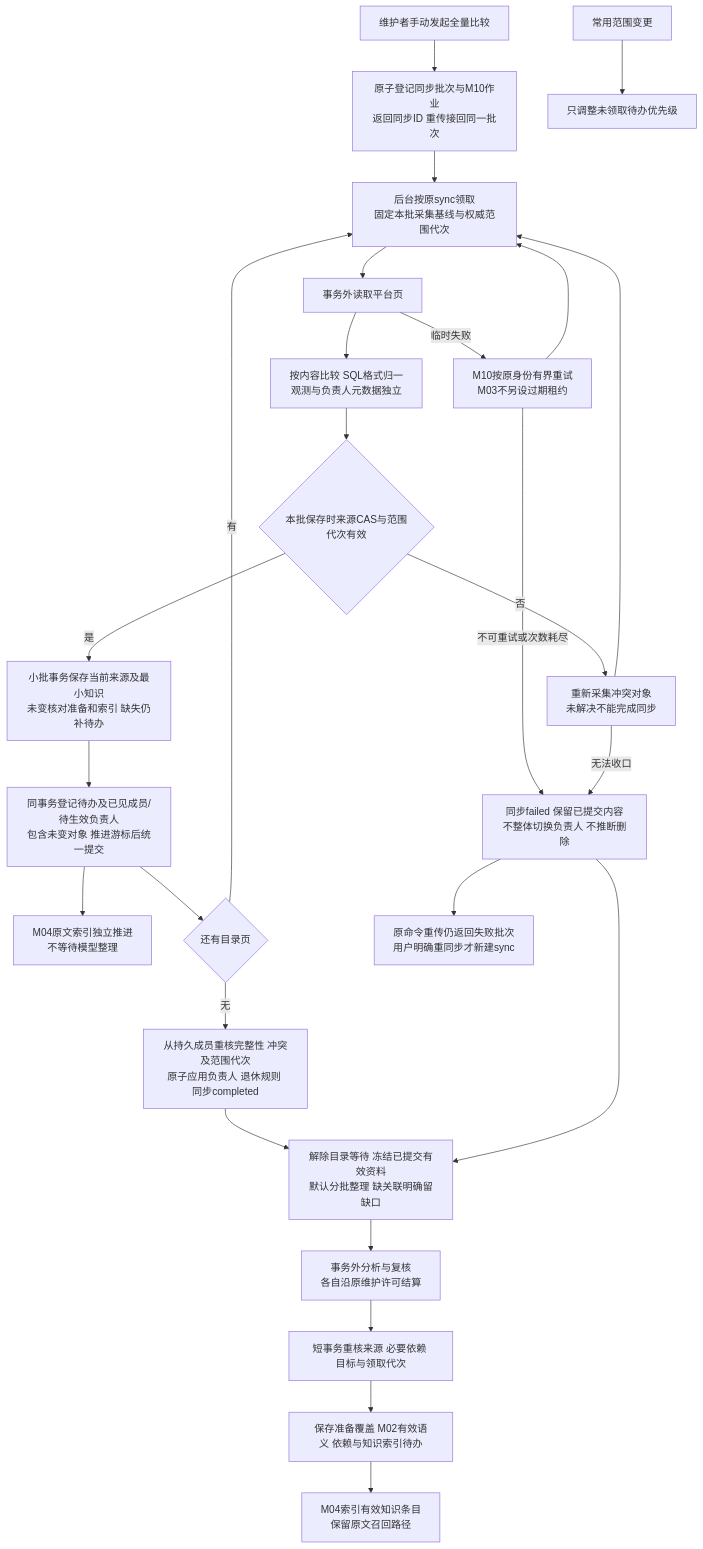
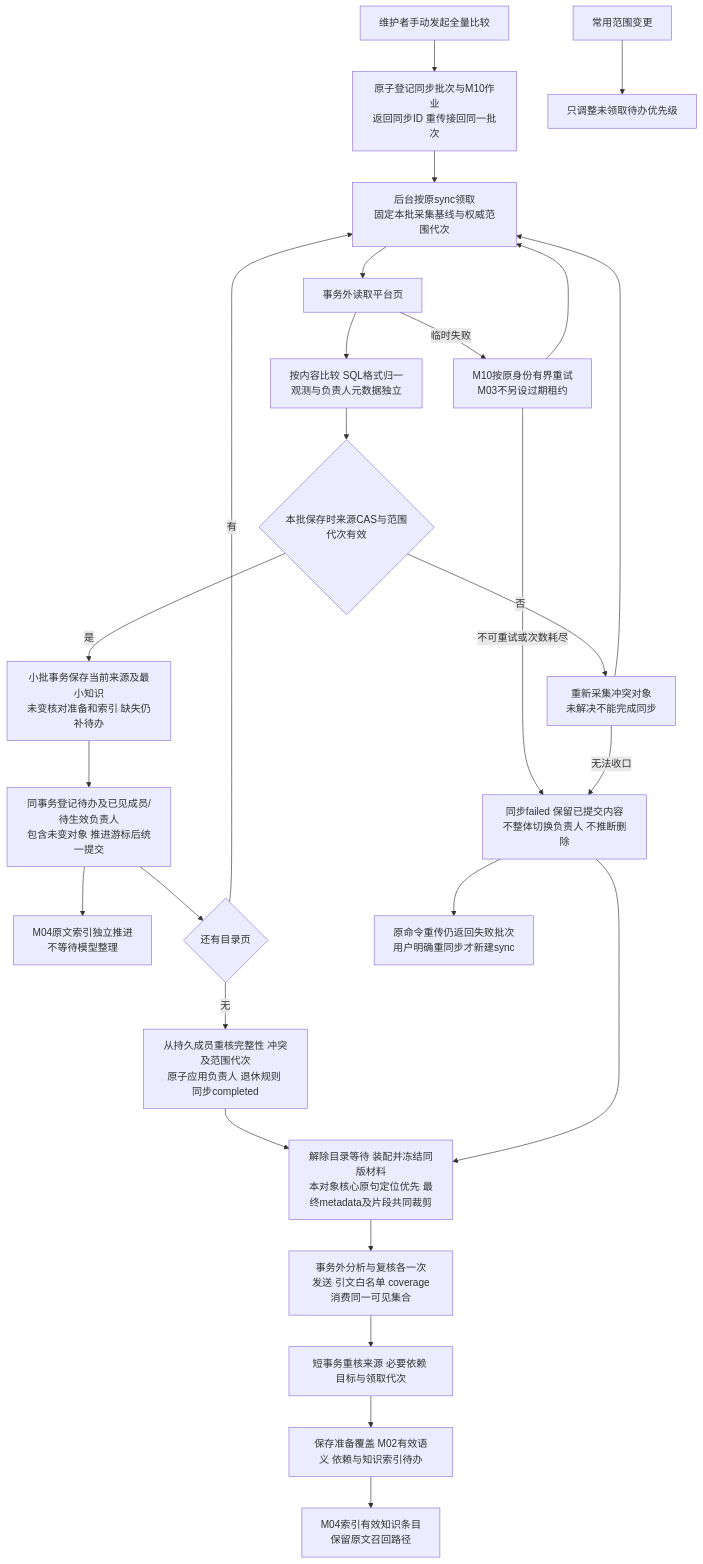
One commit to yaoziyaoguai/data_agent changed the sixth of 11 diagrams in docs/architecture/knowledge-modules.md. Above: the diagram before and after it, drawn with Mermaid. The commit also changed other lines of this file and 34 other files, not shown here.

First line of the commit message:
docs: synchronize architecture and local trial guidance

````diff
--- a/docs/architecture/knowledge-modules.md
+++ b/docs/architecture/knowledge-modules.md
@@ -311,27 +313,27 @@
 ```mermaid
 flowchart TD
     Start[维护者手动发起全量比较] --> Queued[原子登记同步批次与M10作业<br/>返回同步ID 重传接回同一批次]
     Queued --> R[后台按原sync领取<br/>固定本批采集基线与权威范围代次]
     R --> A[事务外读取平台页]
     A -->|临时失败| Retry[M10按原身份有界重试<br/>M03不另设过期租约]
     Retry --> R
     A --> B[按内容比较 SQL格式归一<br/>观测与负责人元数据独立]
     B --> C{本批保存时来源CAS与范围代次有效}
     C -->|否| Conflict[重新采集冲突对象<br/>未解决不能完成同步]
     Conflict --> R
     C -->|是| Save[小批事务保存当前来源及最小知识<br/>未变核对准备和索引 缺失仍补待办]
     Save --> Jobs[同事务登记待办及已见成员/待生效负责人<br/>包含未变对象 推进游标后统一提交]
     Jobs --> Raw[M04原文索引独立推进<br/>不等待模型整理]
     Jobs --> More{还有目录页}
     More -->|有| R
     More -->|无| Finish[从持久成员重核完整性 冲突及范围代次<br/>原子应用负责人 退休规则 同步completed]
     Retry -->|不可重试或次数耗尽| Failed[同步failed 保留已提交内容<br/>不整体切换负责人 不推断删除]
     Conflict -->|无法收口| Failed
     Failed --> New[原命令重传仍返回失败批次<br/>用户明确重同步才新建sync]
-    Finish & Failed --> Material[解除目录等待 冻结已提交有效资料<br/>默认分批整理 缺关联明确留缺口]
-    Material --> G[事务外分析与复核<br/>各自沿原维护许可结算]
+    Finish & Failed --> Material[解除目录等待 装配并冻结同版材料<br/>本对象核心原句定位优先 最终metadata及片段共同裁剪]
+    Material --> G[事务外分析与复核各一次<br/>发送 引文白名单 coverage消费同一可见集合]
     G --> Check[短事务重核来源 必要依赖 目标与领取代次]
     Check --> Apply[保存准备覆盖 M02有效语义 依赖与知识索引待办]
     Apply --> Index[M04索引有效知识条目<br/>保留原文召回路径]
     Preference[常用范围变更] --> Priority[只调整未领取待办优先级]
 ```
````
